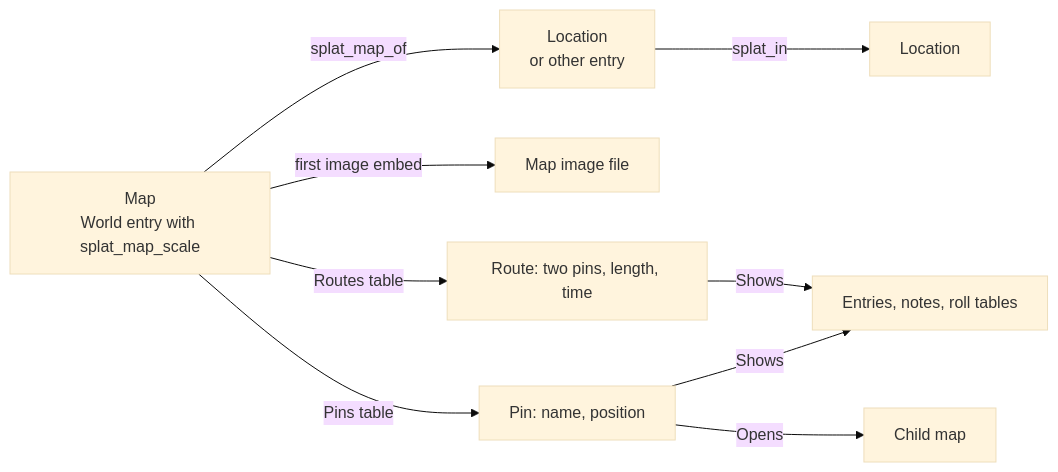
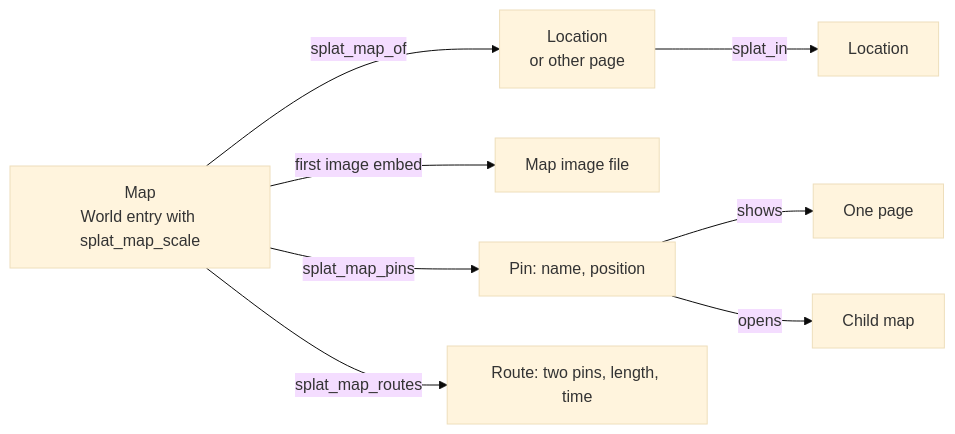
Before and after one commit to david7a68/splat: the diagram in docs/design/maps.md, drawn with Mermaid (base theme). The commit also changed other lines of this file, not shown here.

First line of the commit message:
Revise the maps definition after review 1: YAML pins and routes, a smaller first version

````diff
--- a/docs/design/maps.md
+++ b/docs/design/maps.md
@@ -101,11 +103,10 @@
 ```mermaid
 flowchart LR
-    L[Location<br/>or other entry] -- "splat_in" --> L2[Location]
+    L[Location<br/>or other page] -- "splat_in" --> L2[Location]
     M[Map<br/>World entry with splat_map_scale] -- "splat_map_of" --> L
     M -- "first image embed" --> I[Map image file]
-    M -- "Pins table" --> P[Pin: name, position]
-    M -- "Routes table" --> R[Route: two pins, length, time]
-    P -- "Shows" --> E[Entries, notes, roll tables]
-    P -- "Opens" --> C[Child map]
-    R -- "Shows" --> E
+    M -- "splat_map_pins" --> P[Pin: name, position]
+    M -- "splat_map_routes" --> R[Route: two pins, length, time]
+    P -- "shows" --> E[One page]
+    P -- "opens" --> C[Child map]
 ```
````
